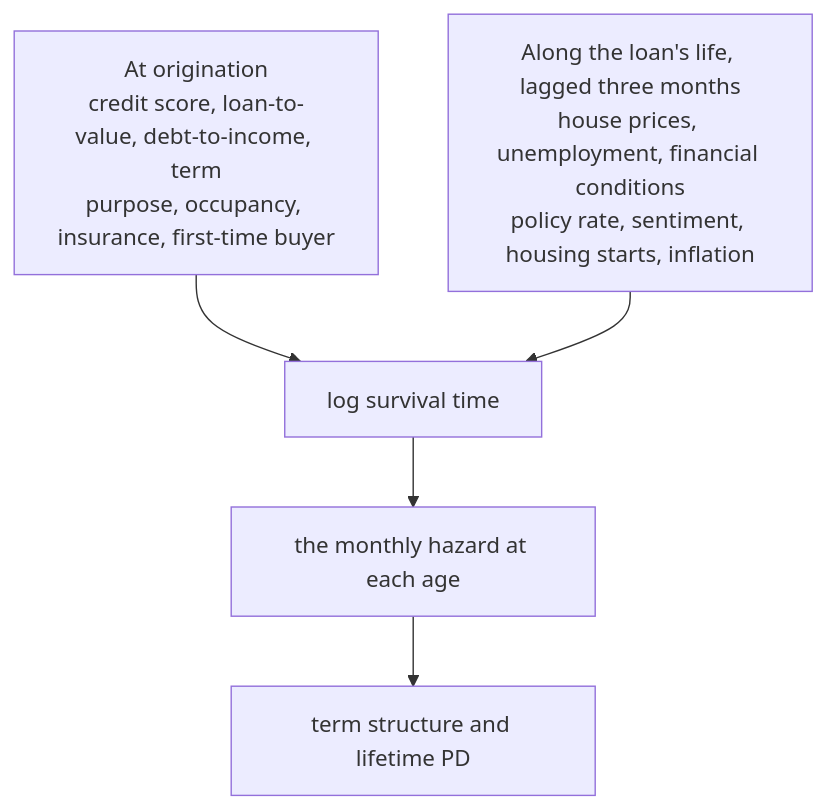
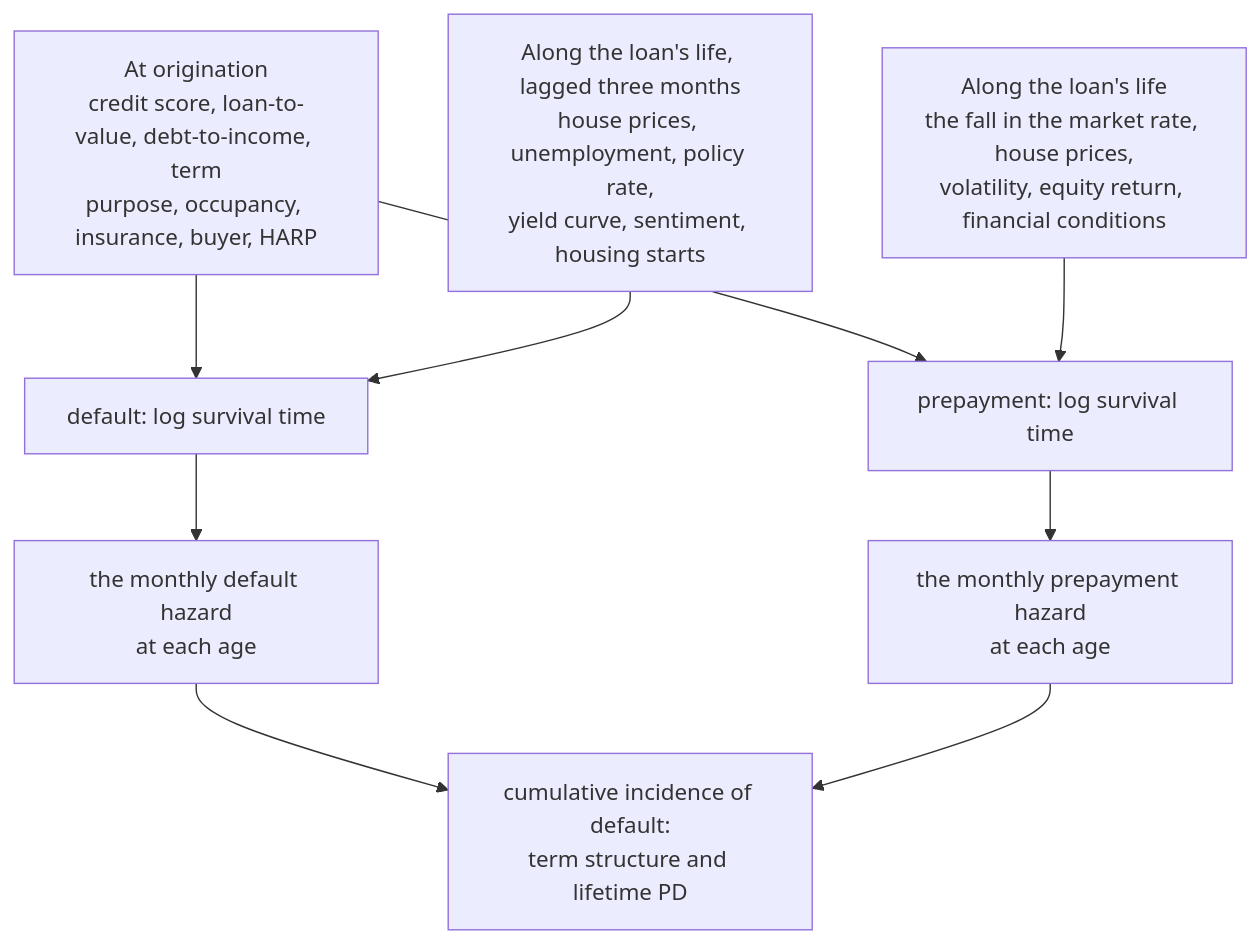
Before and after one commit to LorenzoPerrella/credit-game: the diagram in docs/model.md, drawn with Mermaid. The commit also changed other lines of this file and 4 other files, not shown here.

````diff
--- a/docs/model.md
+++ b/docs/model.md
@@ -13,7 +14,11 @@
 ```mermaid
 flowchart TD
-    A["At origination<br/>credit score, loan-to-value, debt-to-income, term<br/>purpose, occupancy, insurance, first-time buyer"] --> M
-    B["Along the loan's life, lagged three months<br/>house prices, unemployment, financial conditions<br/>policy rate, sentiment, housing starts, inflation"] --> M
-    M["log survival time"] --> Q["the monthly hazard at each age"]
-    Q --> R["term structure and lifetime PD"]
+    A["At origination<br/>credit score, loan-to-value, debt-to-income, term<br/>purpose, occupancy, insurance, buyer, HARP"] --> M
+    B["Along the loan's life, lagged three months<br/>house prices, unemployment, policy rate,<br/>yield curve, sentiment, housing starts"] --> M
+    A --> P
+    B2["Along the loan's life<br/>the fall in the market rate, house prices,<br/>volatility, equity return, financial conditions"] --> P
+    M["default: log survival time"] --> Q["the monthly default hazard<br/>at each age"]
+    P["prepayment: log survival time"] --> S["the monthly prepayment hazard<br/>at each age"]
+    Q --> R["cumulative incidence of default:<br/>term structure and lifetime PD"]
+    S --> R
 ```
````
